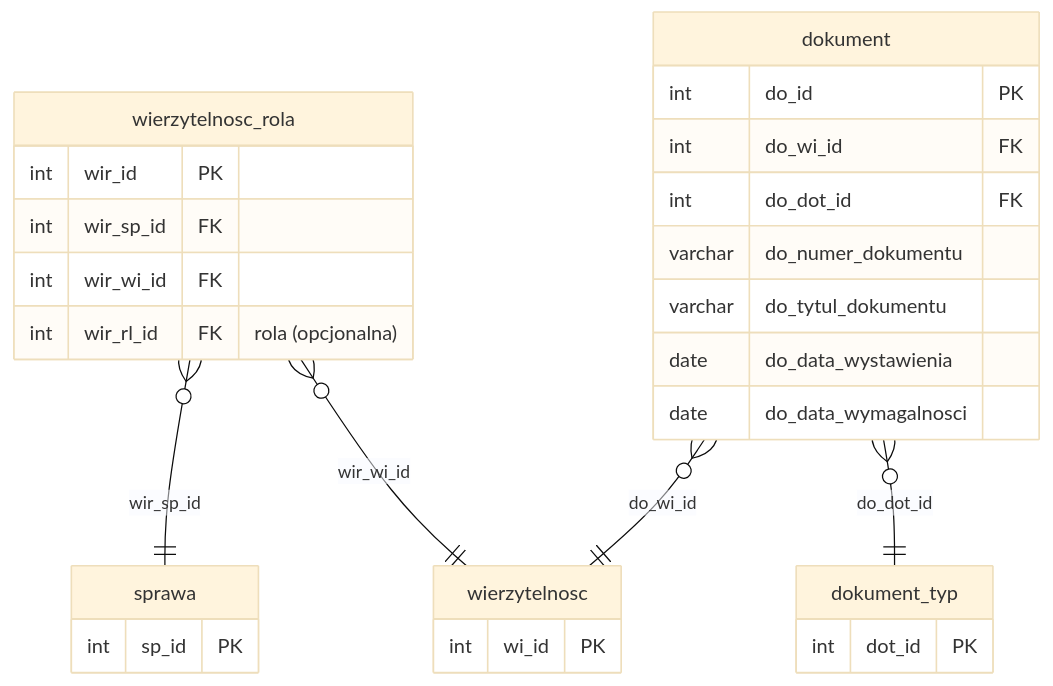
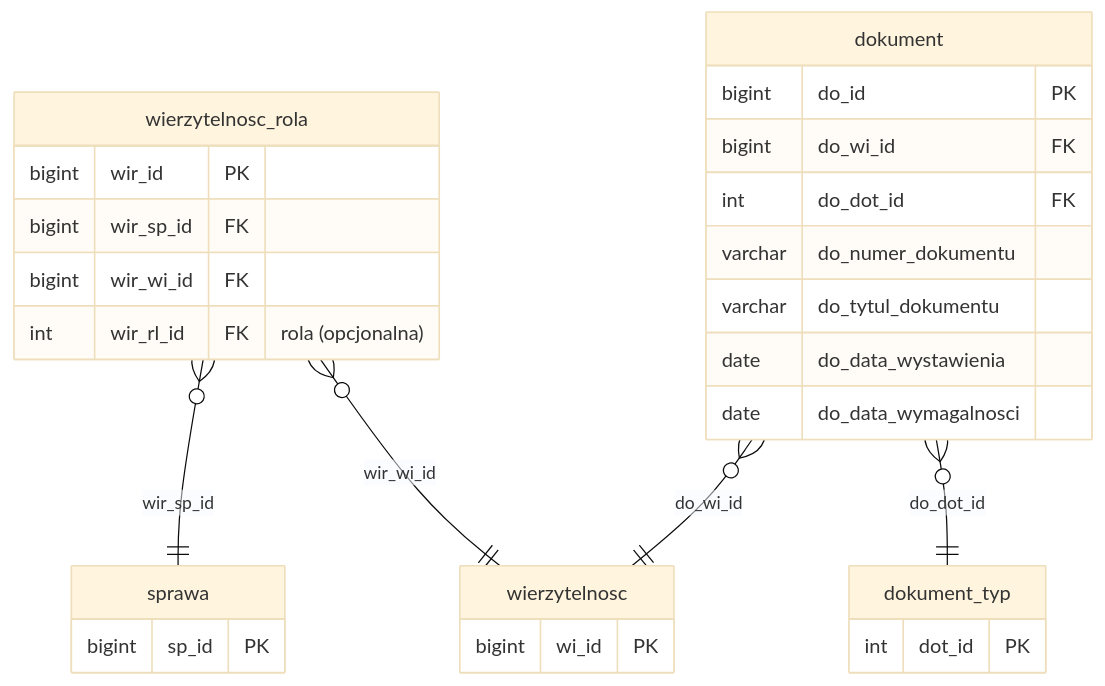
The diagram in docs/struktura-stagingu/role-wierzytelnosci-i-dokumenty.md (oskar-bialek-bakk/intrum-migration-docs), drawn with Mermaid (base theme) before and after one commit. The commit also changed other lines of this file and 12 other files, not shown here.

````diff
--- a/docs/struktura-stagingu/role-wierzytelnosci-i-dokumenty.md
+++ b/docs/struktura-stagingu/role-wierzytelnosci-i-dokumenty.md
@@ -22,36 +22,36 @@
 ```mermaid
 erDiagram
     sprawa {
-        int     sp_id    PK
+        bigint  sp_id    PK
     }
 
     wierzytelnosc {
-        int     wi_id    PK
+        bigint  wi_id    PK
     }
 
     dokument_typ {
         int     dot_id   PK
     }
 
     wierzytelnosc_rola {
-        int     wir_id          PK
-        int     wir_sp_id       FK
-        int     wir_wi_id       FK
+        bigint  wir_id          PK
+        bigint  wir_sp_id       FK
+        bigint  wir_wi_id       FK
         int     wir_rl_id       FK   "rola (opcjonalna)"
     }
 
     dokument {
-        int     do_id                   PK
-        int     do_wi_id                FK
+        bigint  do_id                   PK
+        bigint  do_wi_id                FK
         int     do_dot_id               FK
         varchar do_numer_dokumentu
         varchar do_tytul_dokumentu
         date    do_data_wystawienia
         date    do_data_wymagalnosci
     }
 
     wierzytelnosc_rola  }o--||  sprawa         : "wir_sp_id"
     wierzytelnosc_rola  }o--||  wierzytelnosc  : "wir_wi_id"
     dokument            }o--||  wierzytelnosc  : "do_wi_id"
     dokument            }o--||  dokument_typ   : "do_dot_id"
 ```
````
